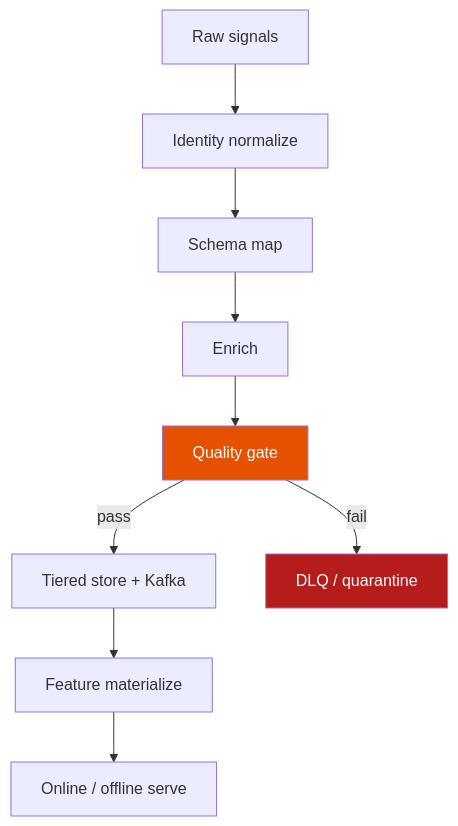
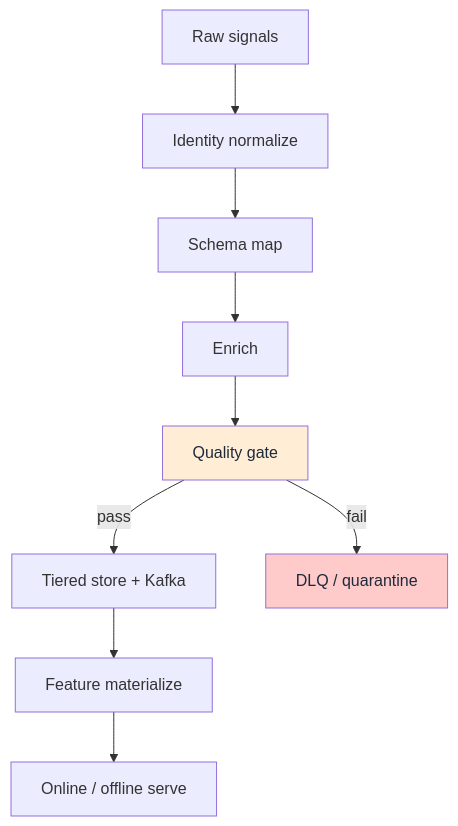
One commit to XUanhoa04/aiops-engineering-handbook changed the second of 15 diagrams in docs/en/06-data-plane/README.md. Above: the diagram before and after it, drawn with Mermaid. The commit also changed other lines of this file and 39 other files, not shown here.

First line of the commit message:
docs: concept-first Ch.08-12, collapse code, soft Mermaid colors

````diff
--- a/docs/en/06-data-plane/README.md
+++ b/docs/en/06-data-plane/README.md
@@ -188,14 +188,14 @@
 ```mermaid
 flowchart TD
     RAW[Raw signals] --> ID[Identity normalize]
     ID --> SCH[Schema map]
     SCH --> ENR[Enrich]
     ENR --> Q[Quality gate]
     Q -->|pass| STORE[Tiered store + Kafka]
     Q -->|fail| DLQ[DLQ / quarantine]
     STORE --> FEAT[Feature materialize]
     FEAT --> SERVE[Online / offline serve]
 
-    style Q fill:#e65100,color:#fff
-    style DLQ fill:#b71c1c,color:#fff
+    style Q fill:#ffedd5,color:#1e293b
+    style DLQ fill:#fecaca,color:#1e293b
 ```
````
